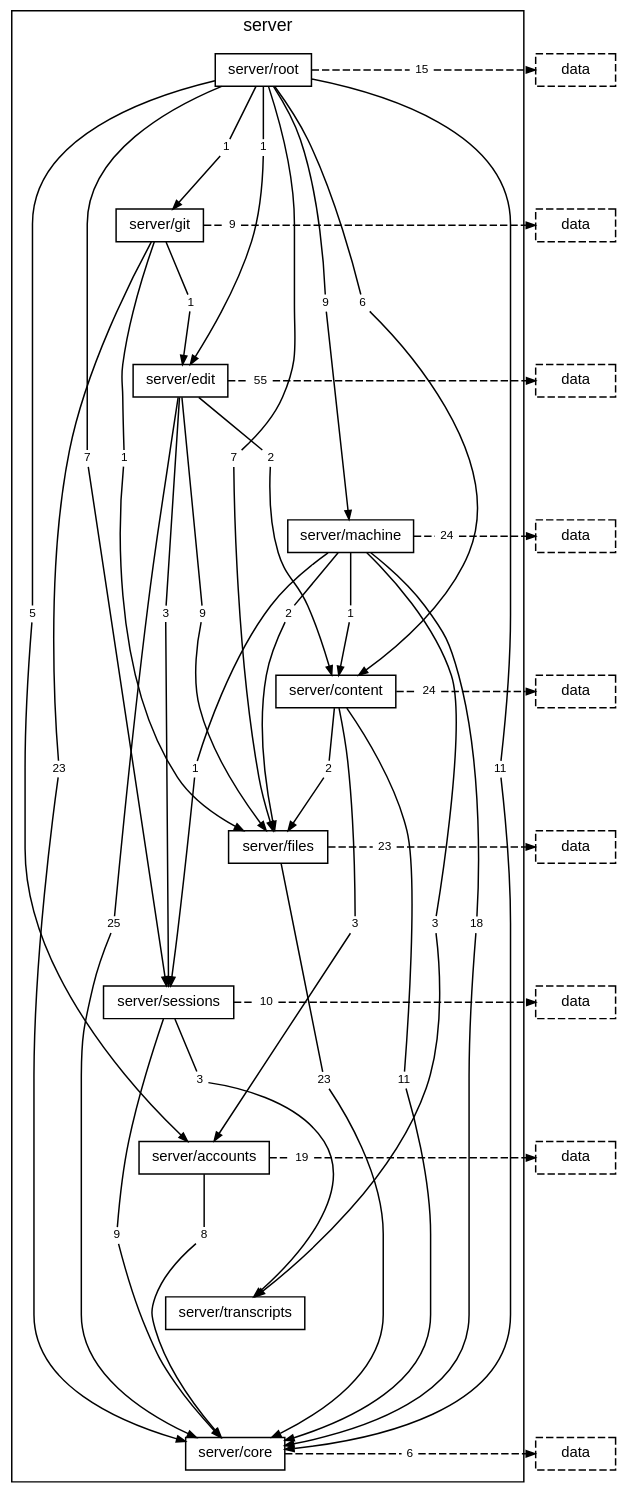
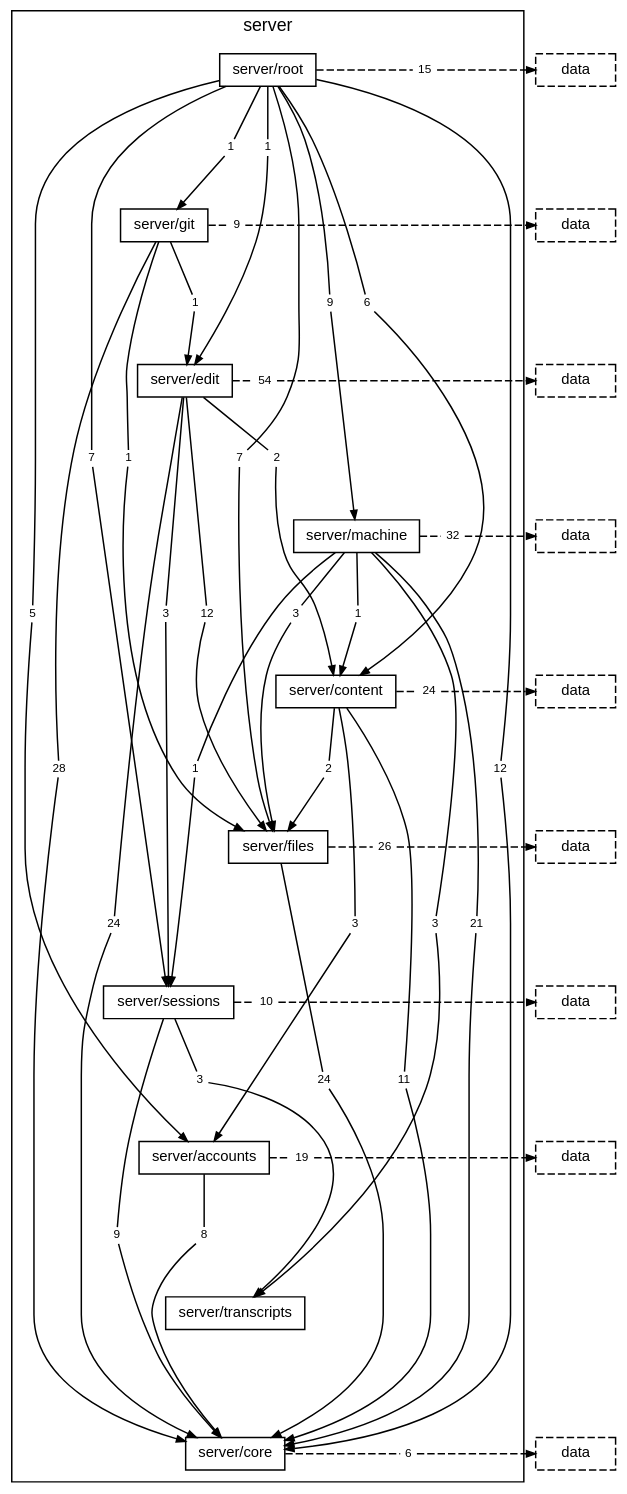
The diagram in docs/diagrams/layer-server.dot (TheAxeC/oculus), drawn with Graphviz before and after one commit. The commit also changed 112 other files, not shown here.

```diff
--- a/docs/diagrams/layer-server.dot
+++ b/docs/diagrams/layer-server.dot
@@ -16,34 +16,34 @@
         "folder server/core" [label="server/core"];
         "folder server/root to folder server/accounts" [label="5", shape=box, color="transparent", fontsize=8, width=0, height=0, margin="0.04,0.02"];
         "folder server/root to folder server/content" [label="6", shape=box, color="transparent", fontsize=8, width=0, height=0, margin="0.04,0.02"];
-        "folder server/root to folder server/core" [label="11", shape=box, color="transparent", fontsize=8, width=0, height=0, margin="0.04,0.02"];
+        "folder server/root to folder server/core" [label="12", shape=box, color="transparent", fontsize=8, width=0, height=0, margin="0.04,0.02"];
         "folder server/root to folder server/edit" [label="1", shape=box, color="transparent", fontsize=8, width=0, height=0, margin="0.04,0.02"];
         "folder server/root to folder server/files" [label="7", shape=box, color="transparent", fontsize=8, width=0, height=0, margin="0.04,0.02"];
         "folder server/root to folder server/git" [label="1", shape=box, color="transparent", fontsize=8, width=0, height=0, margin="0.04,0.02"];
         "folder server/root to folder server/machine" [label="9", shape=box, color="transparent", fontsize=8, width=0, height=0, margin="0.04,0.02"];
         "folder server/root to folder server/sessions" [label="7", shape=box, color="transparent", fontsize=8, width=0, height=0, margin="0.04,0.02"];
         "folder server/root to layer data" [label="15", shape=box, color="transparent", fontsize=8, width=0, height=0, margin="0.04,0.02"];
-        "folder server/git to folder server/core" [label="23", shape=box, color="transparent", fontsize=8, width=0, height=0, margin="0.04,0.02"];
+        "folder server/git to folder server/core" [label="28", shape=box, color="transparent", fontsize=8, width=0, height=0, margin="0.04,0.02"];
         "folder server/git to folder server/edit" [label="1", shape=box, color="transparent", fontsize=8, width=0, height=0, margin="0.04,0.02"];
         "folder server/git to folder server/files" [label="1", shape=box, color="transparent", fontsize=8, width=0, height=0, margin="0.04,0.02"];
         "folder server/git to layer data" [label="9", shape=box, color="transparent", fontsize=8, width=0, height=0, margin="0.04,0.02"];
         "folder server/edit to folder server/content" [label="2", shape=box, color="transparent", fontsize=8, width=0, height=0, margin="0.04,0.02"];
-        "folder server/edit to folder server/core" [label="25", shape=box, color="transparent", fontsize=8, width=0, height=0, margin="0.04,0.02"];
-        "folder server/edit to folder server/files" [label="9", shape=box, color="transparent", fontsize=8, width=0, height=0, margin="0.04,0.02"];
+        "folder server/edit to folder server/core" [label="24", shape=box, color="transparent", fontsize=8, width=0, height=0, margin="0.04,0.02"];
+        "folder server/edit to folder server/files" [label="12", shape=box, color="transparent", fontsize=8, width=0, height=0, margin="0.04,0.02"];
         "folder server/edit to folder server/sessions" [label="3", shape=box, color="transparent", fontsize=8, width=0, height=0, margin="0.04,0.02"];
-        "folder server/edit to layer data" [label="55", shape=box, color="transparent", fontsize=8, width=0, height=0, margin="0.04,0.02"];
+        "folder server/edit to layer data" [label="54", shape=box, color="transparent", fontsize=8, width=0, height=0, margin="0.04,0.02"];
         "folder server/machine to folder server/content" [label="1", shape=box, color="transparent", fontsize=8, width=0, height=0, margin="0.04,0.02"];
-        "folder server/machine to folder server/core" [label="18", shape=box, color="transparent", fontsize=8, width=0, height=0, margin="0.04,0.02"];
-        "folder server/machine to folder server/files" [label="2", shape=box, color="transparent", fontsize=8, width=0, height=0, margin="0.04,0.02"];
+        "folder server/machine to folder server/core" [label="21", shape=box, color="transparent", fontsize=8, width=0, height=0, margin="0.04,0.02"];
+        "folder server/machine to folder server/files" [label="3", shape=box, color="transparent", fontsize=8, width=0, height=0, margin="0.04,0.02"];
         "folder server/machine to folder server/sessions" [label="1", shape=box, color="transparent", fontsize=8, width=0, height=0, margin="0.04,0.02"];
         "folder server/machine to folder server/transcripts" [label="3", shape=box, color="transparent", fontsize=8, width=0, height=0, margin="0.04,0.02"];
-        "folder server/machine to layer data" [label="24", shape=box, color="transparent", fontsize=8, width=0, height=0, margin="0.04,0.02"];
+        "folder server/machine to layer data" [label="32", shape=box, color="transparent", fontsize=8, width=0, height=0, margin="0.04,0.02"];
         "folder server/content to folder server/accounts" [label="3", shape=box, color="transparent", fontsize=8, width=0, height=0, margin="0.04,0.02"];
         "folder server/content to folder server/core" [label="11", shape=box, color="transparent", fontsize=8, width=0, height=0, margin="0.04,0.02"];
         "folder server/content to folder server/files" [label="2", shape=box, color="transparent", fontsize=8, width=0, height=0, margin="0.04,0.02"];
         "folder server/content to layer data" [label="24", shape=box, color="transparent", fontsize=8, width=0, height=0, margin="0.04,0.02"];
-        "folder server/files to folder server/core" [label="23", shape=box, color="transparent", fontsize=8, width=0, height=0, margin="0.04,0.02"];
-        "folder server/files to layer data" [label="23", shape=box, color="transparent", fontsize=8, width=0, height=0, margin="0.04,0.02"];
+        "folder server/files to folder server/core" [label="24", shape=box, color="transparent", fontsize=8, width=0, height=0, margin="0.04,0.02"];
+        "folder server/files to layer data" [label="26", shape=box, color="transparent", fontsize=8, width=0, height=0, margin="0.04,0.02"];
         "folder server/sessions to folder server/core" [label="9", shape=box, color="transparent", fontsize=8, width=0, height=0, margin="0.04,0.02"];
         "folder server/sessions to folder server/transcripts" [label="3", shape=box, color="transparent", fontsize=8, width=0, height=0, margin="0.04,0.02"];
         "folder server/sessions to layer data" [label="10", shape=box, color="transparent", fontsize=8, width=0, height=0, margin="0.04,0.02"];
```
